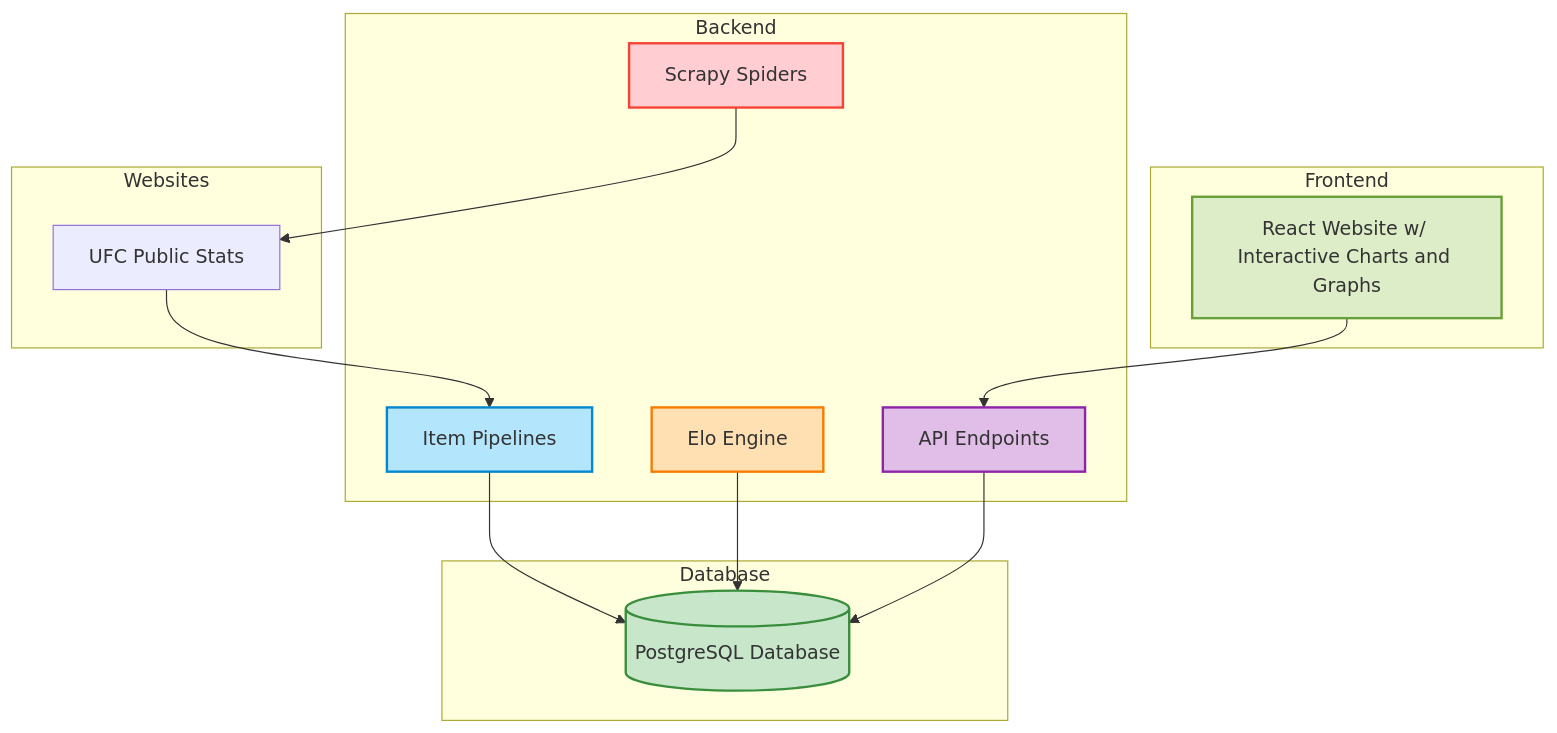
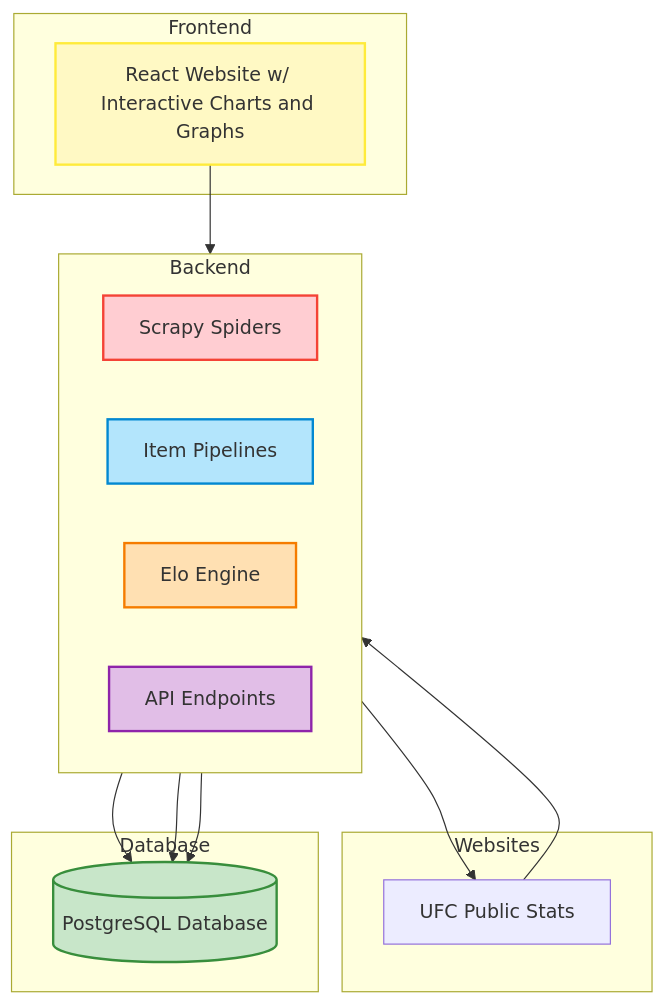
The diagram in README.md (alpinedev51/mma-elo-engine-py), drawn with Mermaid before and after one commit.

````diff
--- a/README.md
+++ b/README.md
@@ -52,48 +52,49 @@
 ```mermaid
 flowchart TD
 
     subgraph Websites
         W1[UFC Public Stats]
     end
 
     subgraph Backend
+        direction LR
         A1[Scrapy Spiders] --> W1
         W1 --> A2[Item Pipelines]
         A3[Elo Engine]
         A4[API Endpoints]
         click A1 "Scrapy Spiders regularly crawl MMA websites for fighter data."
         click A2 "Pipelines process and store the fighter data into the database."
         click A3 "Elo engine processes data in database and updates Elo scores."
         click A4 "APIs provide access to database via CRUD operations."
     end
 
     subgraph Database
         B1[(PostgreSQL Database)]
         click B1 "PostgreSQL database stores and handles fighter data and Elo scores."
     end
 
     subgraph Frontend
         E1[React Website w/ Interactive Charts and Graphs] --> A4
         click E1 "Provides UI for interacting with Backend API."
         click E1 "Data is displayed in a React-based frontend."
     end
 
     A2 --> B1
     A3 --> B1
     A4 --> B1
 
     classDef blue fill:#B3E5FC,stroke:#0288D1,stroke-width:2px;
     classDef green fill:#C8E6C9,stroke:#388E3C,stroke-width:2px;
     classDef orange fill:#FFE0B2,stroke:#F57C00,stroke-width:2px;
     classDef purple fill:#E1BEE7,stroke:#8E24AA,stroke-width:2px;
     classDef lightgreen fill:#DCEDC8,stroke:#689F38,stroke-width:2px;
     classDef red fill:#FFCDD2,stroke:#F44336,stroke-width:2px;
     classDef yellow fill:#FFF9C4,stroke:#FFEB3B,stroke-width:2px;
 
     class A1 red;
     class A2 blue;
     class B1 green;
     class A3 orange;
     class A4 purple;
-    class E1 lightgreen;
+    class E1 yellow;
 ```
````
